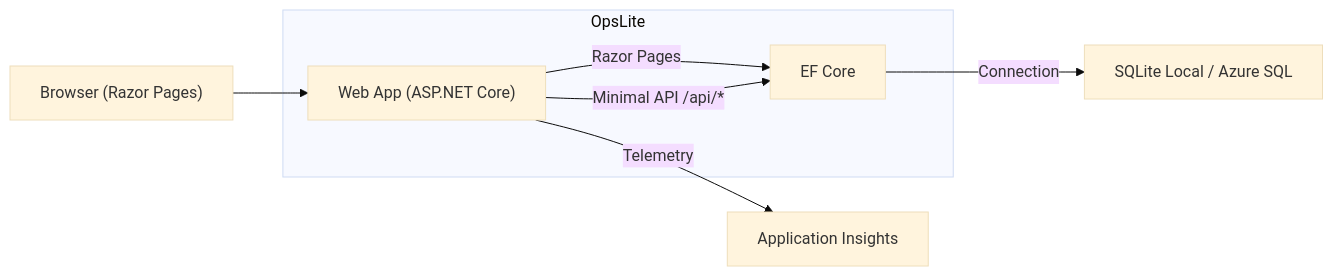
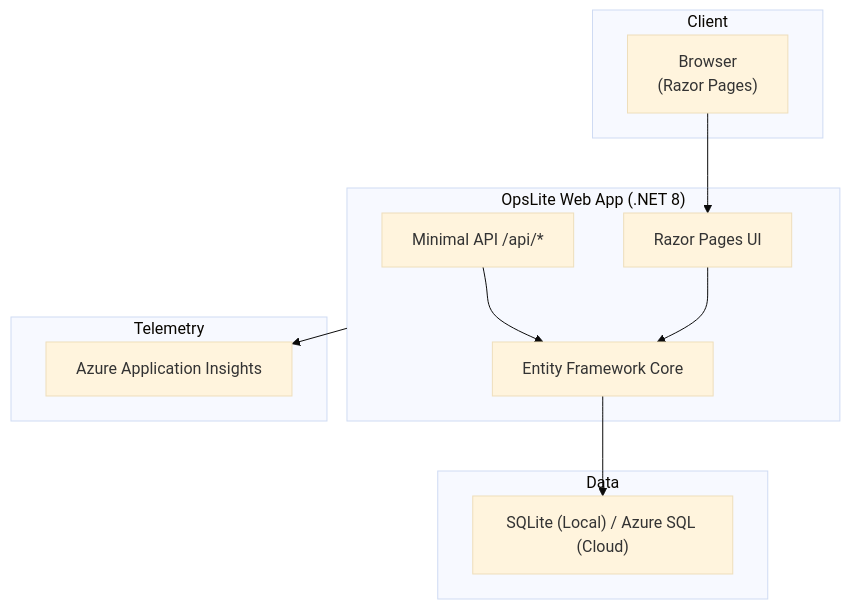
The diagram in README.md (cad-anaizat/OpsLite), drawn with Mermaid (base theme) before and after one commit. The commit also changed other lines of this file and 3 other files, not shown here.

`````diff
--- a/README.md
+++ b/README.md
@@ -24,10 +28,23 @@
 ```mermaid
-flowchart LR
-    A["Browser (Razor Pages)"] --> B["Web App (ASP.NET Core)"]
-    subgraph B1[OpsLite]
-      B -->|"Razor Pages"| C["EF Core"]
-      B -->|"Minimal API /api/*"| C
+flowchart TB
+    subgraph Client
+      UI["Browser<br/>(Razor Pages)"]
     end
-    C -->|"Connection"| D["SQLite Local / Azure SQL"]
-    B -->|"Telemetry"| E["Application Insights"]
+    subgraph Server["OpsLite Web App (.NET 8)"]
+      API["Minimal API /api/*"]
+      Pages["Razor Pages UI"]
+      EF["Entity Framework Core"]
+    end
+    subgraph Data
+      DB["SQLite (Local) / Azure SQL (Cloud)"]
+    end
+    subgraph Telemetry
+      AI["Azure Application Insights"]
+    end
+
+    UI --> Pages
+    Pages --> EF
+    API --> EF
+    EF --> DB
+    Server --> AI
 ````
`````
